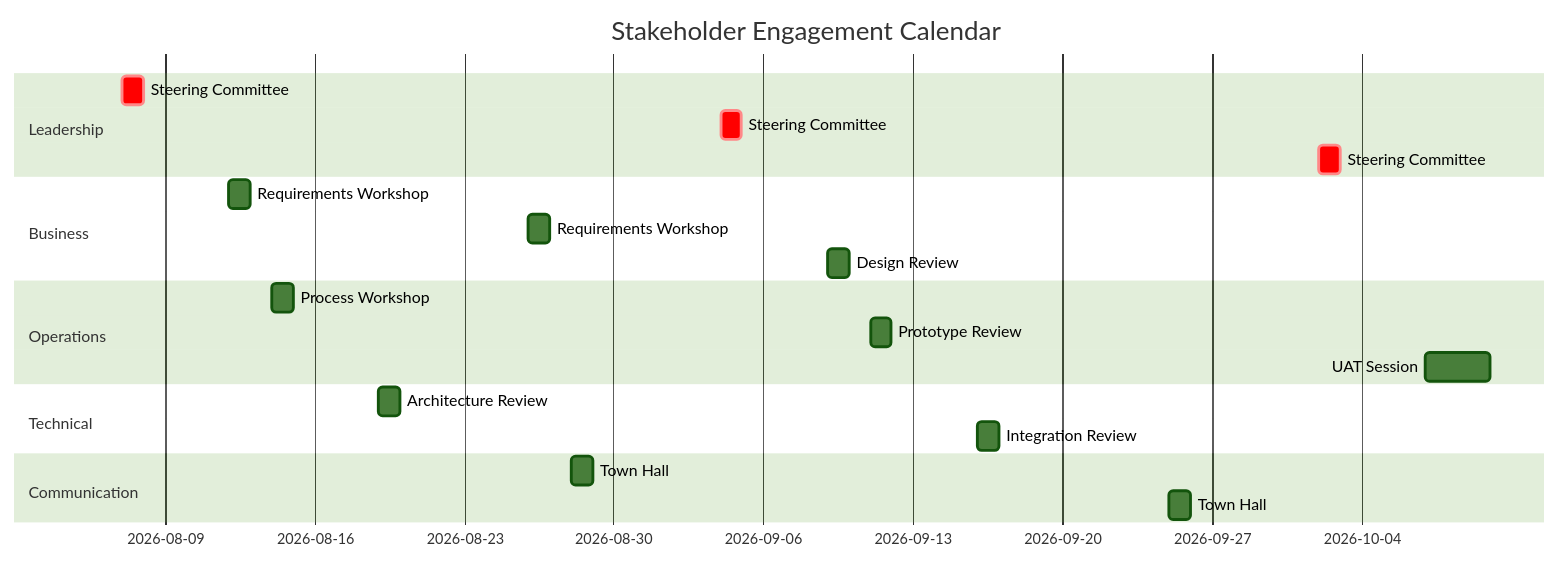
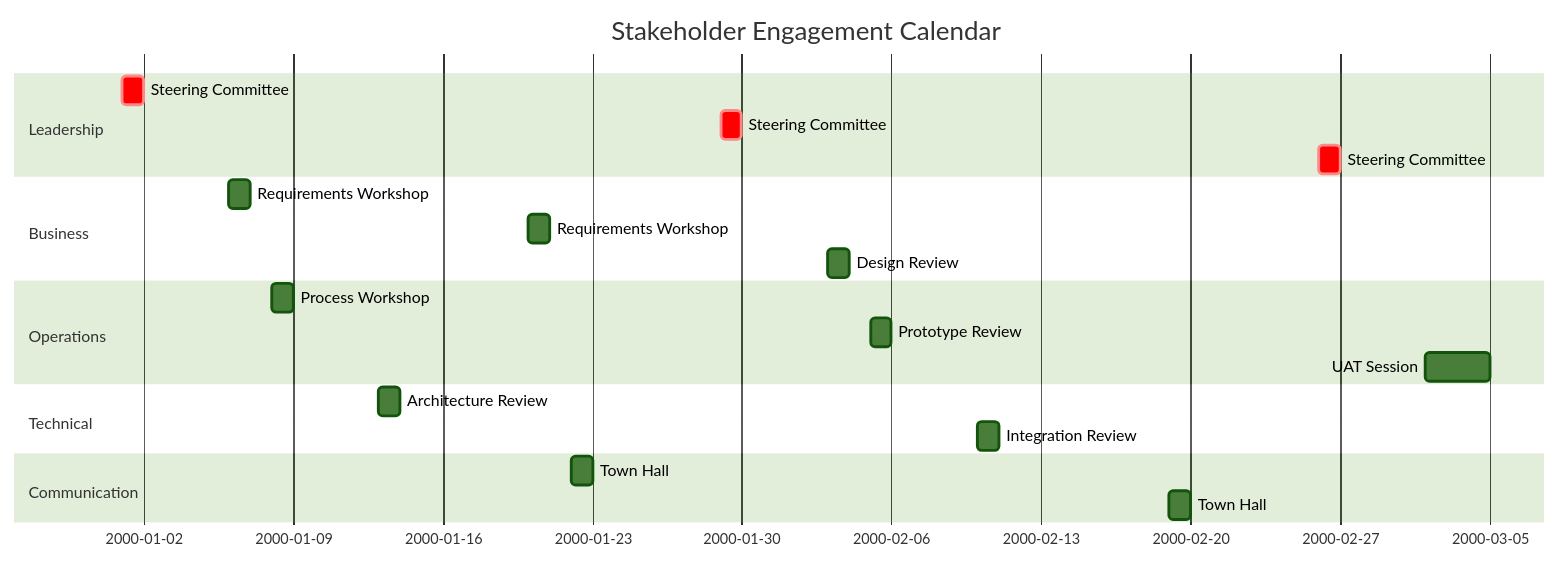
One commit to oat431/swe-knowledge changed the second of 2 diagrams in document-template/02_Elicitation_and_Collaboration/Stakeholder-Engagement-Approach.md. Above: the diagram before and after it, drawn with Mermaid (forest theme). The commit also changed 56 other files, not shown here.

````diff
--- a/document-template/02_Elicitation_and_Collaboration/Stakeholder-Engagement-Approach.md
+++ b/document-template/02_Elicitation_and_Collaboration/Stakeholder-Engagement-Approach.md
@@ -258,23 +258,24 @@
 ```mermaid
 gantt
     title Stakeholder Engagement Calendar
     dateFormat YYYY-MM-DD
+    %% Placeholder schedule: base 2000-01-01 = project start; recompute real dates when instantiating
     section Leadership
-    Steering Committee       :crit, 2026-08-07, 1d
-    Steering Committee       :crit, 2026-09-04, 1d
-    Steering Committee       :crit, 2026-10-02, 1d
+    Steering Committee       :crit, 2000-01-01, 1d
+    Steering Committee       :crit, 2000-01-29, 1d
+    Steering Committee       :crit, 2000-02-26, 1d
     section Business
-    Requirements Workshop    :2026-08-12, 1d
-    Requirements Workshop    :2026-08-26, 1d
-    Design Review            :2026-09-09, 1d
+    Requirements Workshop    :2000-01-06, 1d
+    Requirements Workshop    :2000-01-20, 1d
+    Design Review            :2000-02-03, 1d
     section Operations
-    Process Workshop         :2026-08-14, 1d
-    Prototype Review         :2026-09-11, 1d
-    UAT Session              :2026-10-07, 3d
+    Process Workshop         :2000-01-08, 1d
+    Prototype Review         :2000-02-05, 1d
+    UAT Session              :2000-03-02, 3d
     section Technical
-    Architecture Review      :2026-08-19, 1d
-    Integration Review       :2026-09-16, 1d
+    Architecture Review      :2000-01-13, 1d
+    Integration Review       :2000-02-10, 1d
     section Communication
-    Town Hall                :2026-08-28, 1d
-    Town Hall                :2026-09-25, 1d
+    Town Hall                :2000-01-22, 1d
+    Town Hall                :2000-02-19, 1d
 ```
````
